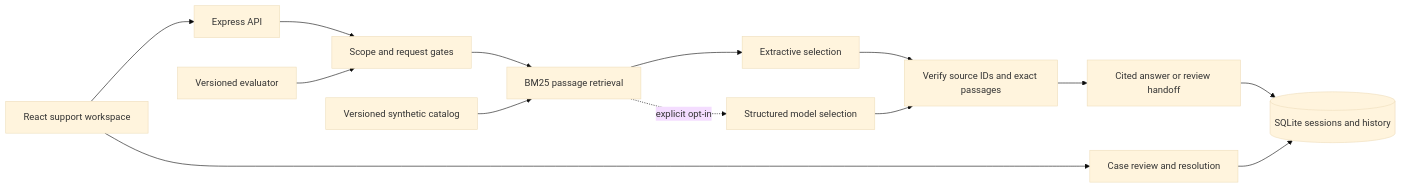
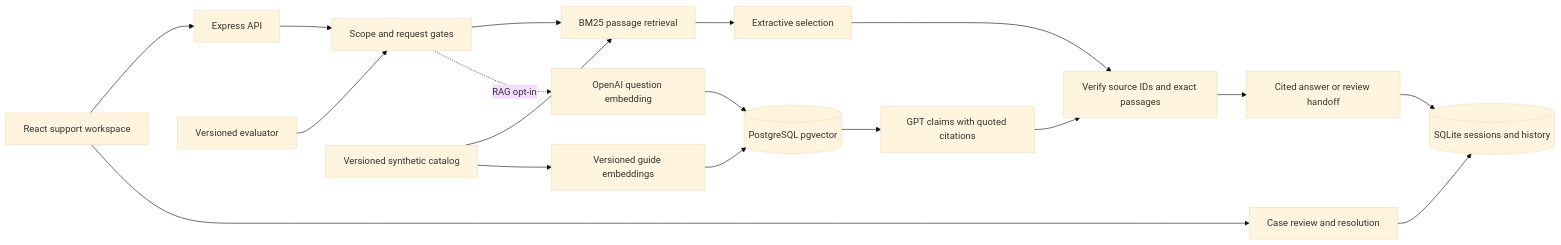
One commit to adebolaowolabi32/sourcedesk changed the diagram in docs/ARCHITECTURE.md. Above: the diagram before and after it, drawn with Mermaid (base theme). The commit also changed other lines of this file and 46 other files, not shown here.

````diff
--- a/docs/ARCHITECTURE.md
+++ b/docs/ARCHITECTURE.md
@@ -3,16 +3,20 @@
 ```mermaid
 flowchart LR
   UI[React support workspace] --> API[Express API]
   API --> SCOPE[Scope and request gates]
   SCOPE --> RETRIEVE[BM25 passage retrieval]
   KB[Versioned synthetic catalog] --> RETRIEVE
   RETRIEVE --> LOCAL[Extractive selection]
-  RETRIEVE -. explicit opt-in .-> MODEL[Structured model selection]
+  SCOPE -. RAG opt-in .-> EMBED[OpenAI question embedding]
+  KB --> INDEX[Versioned guide embeddings]
+  INDEX --> VECTOR[(PostgreSQL pgvector)]
+  EMBED --> VECTOR
+  VECTOR --> MODEL[GPT claims with quoted citations]
   LOCAL --> VERIFY[Verify source IDs and exact passages]
   MODEL --> VERIFY
   VERIFY --> ANSWER[Cited answer or review handoff]
   ANSWER --> DB[(SQLite sessions and history)]
   UI --> CASE[Case review and resolution]
   CASE --> DB
   EVAL[Versioned evaluator] --> SCOPE
 ```
````
